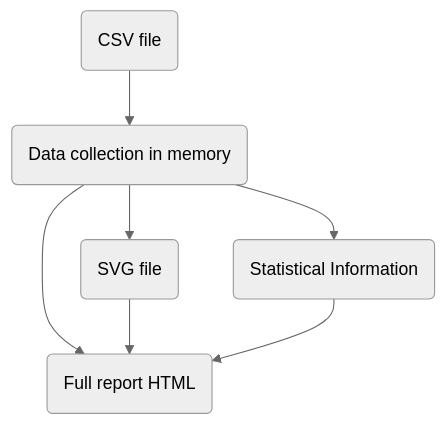
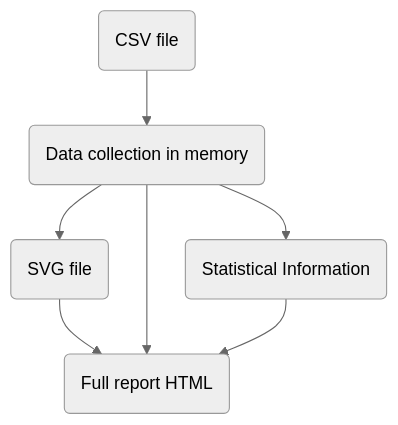
Before and after one commit to wolfangy/haskell: the diagram in haskell-in-depth/ch03/ch3.md, drawn with Mermaid (neutral theme).

````diff
--- a/haskell-in-depth/ch03/ch3.md
+++ b/haskell-in-depth/ch03/ch3.md
@@ -16,9 +16,9 @@
 ```mermaid
 graph TD;
     Input(CSV file) --> Data(Data collection in memory)
     Data --> Chart(SVG file)
-    Data --> Report(Full report HTML)
     Data --> Info(Statistical Information)
-    Chart --> Report
+    Chart --> Report(Full report HTML)
+    Data --> Report
     Info --> Report
 ```
````
